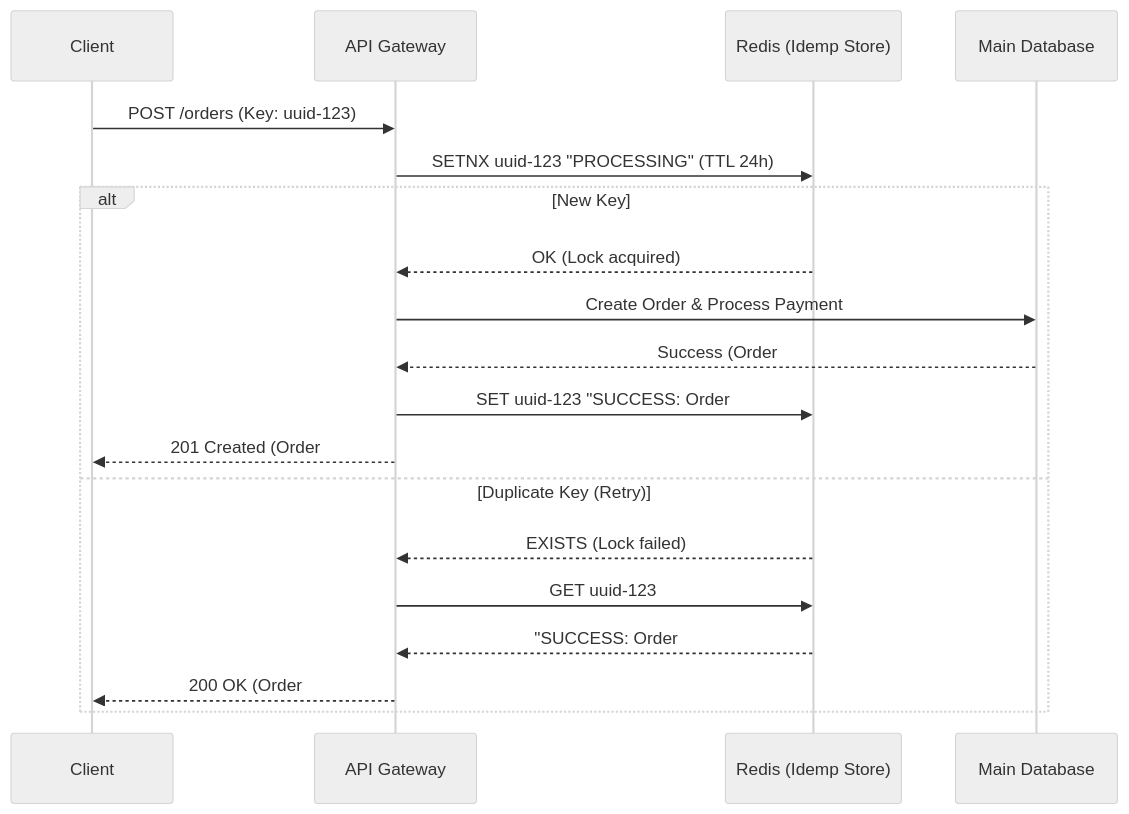
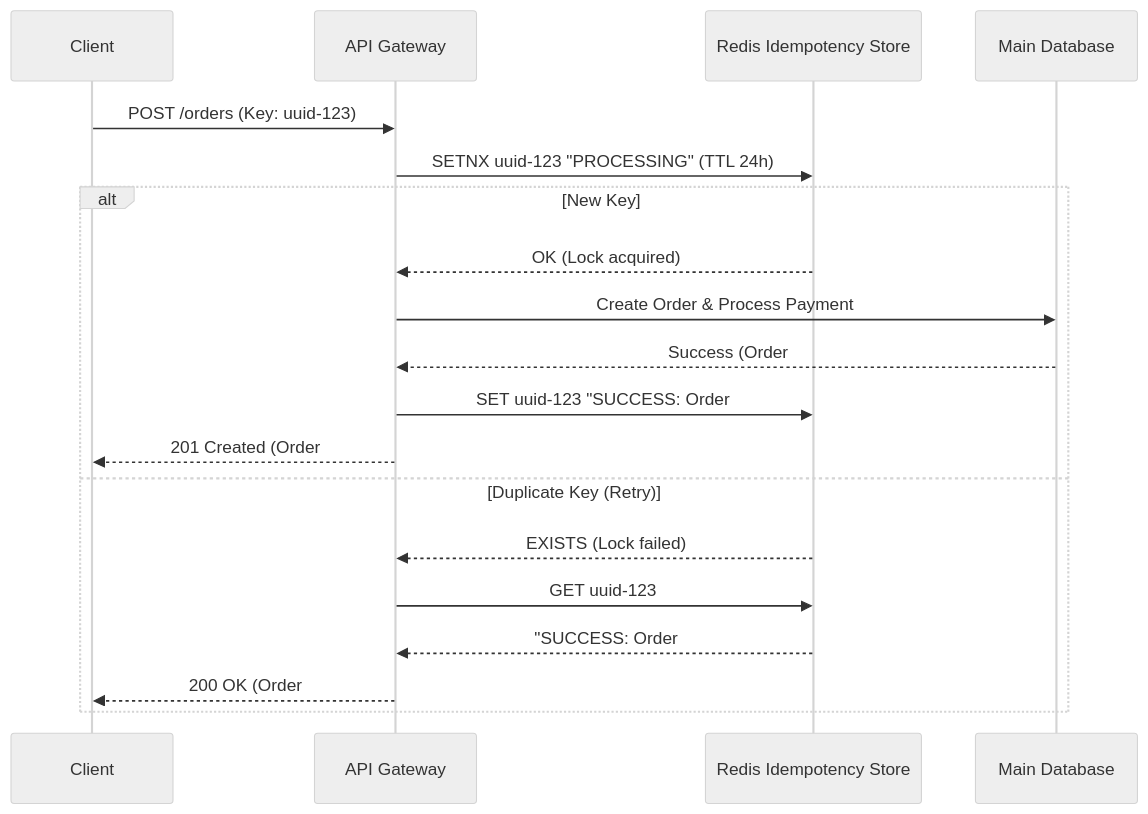
One commit to ishitvagoel/SystemDesignNotes changed the second of 2 diagrams in data/notes/01-Phase-1-Foundations/Module-02-API-Design/01-Phase-1-Foundations__Module-02-API-Design__Idempotency.md. Above: the diagram before and after it, drawn with Mermaid (neutral theme). The commit also changed 2 other files, not shown here.

Commit message:
fix: remove parentheses from Mermaid participant display names
Parentheses in sequenceDiagram participant aliases (the text after `as`)
cause parse errors in Mermaid v10. Fixed in 3 diagrams:

- Idempotency.md: "Redis (Idemp Store)" → "Redis Idempotency Store"
- CDN_Architecture.md: "Origin Shield (optional)" → "Origin Shield"
- Session_Guarantees.md: removed parens from LB, R1, R2 aliases

https://claude.ai/code/session_01SrCvHP6iAwRGM31Vh8VtW8

````diff
--- a/data/notes/01-Phase-1-Foundations/Module-02-API-Design/01-Phase-1-Foundations__Module-02-API-Design__Idempotency.md
+++ b/data/notes/01-Phase-1-Foundations/Module-02-API-Design/01-Phase-1-Foundations__Module-02-API-Design__Idempotency.md
@@ -118,23 +118,23 @@
 ```mermaid
 sequenceDiagram
     participant Client
     participant API as API Gateway
-    participant Store as Redis (Idemp Store)
+    participant Store as Redis Idempotency Store
     participant DB as Main Database
 
     Client->>API: POST /orders (Key: uuid-123)
     API->>Store: SETNX uuid-123 "PROCESSING" (TTL 24h)
     
     alt New Key
         Store-->>API: OK (Lock acquired)
         API->>DB: Create Order & Process Payment
         DB-->>API: Success (Order #555)
         API->>Store: SET uuid-123 "SUCCESS: Order #555"
         API-->>Client: 201 Created (Order #555)
     else Duplicate Key (Retry)
         Store-->>API: EXISTS (Lock failed)
         API->>Store: GET uuid-123
         Store-->>API: "SUCCESS: Order #555"
         API-->>Client: 200 OK (Order #555 - Cached)
     end
 ```
````
